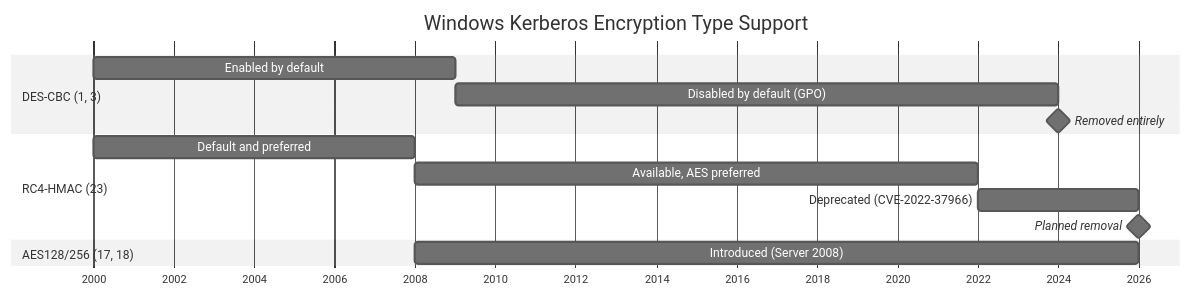
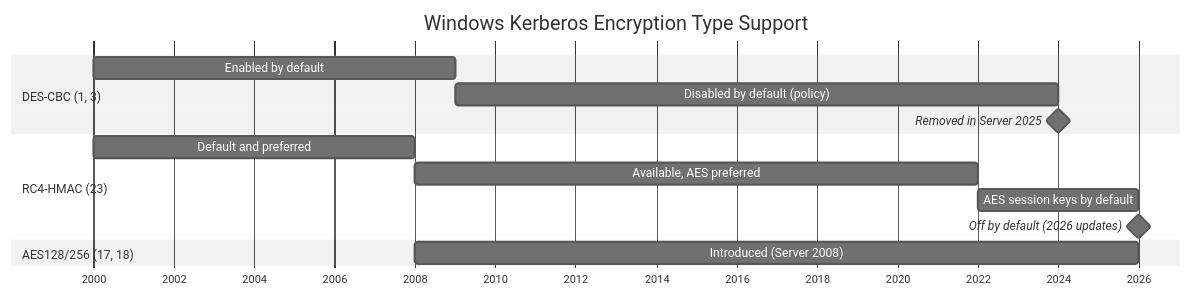
Before and after one commit to StrongWind1/KerbWolf: the fourth of 4 diagrams in docs/guide/encryption-types.md, drawn with Mermaid (neutral theme). The commit also changed other lines of this file and 13 other files, not shown here.

````diff
--- a/docs/guide/encryption-types.md
+++ b/docs/guide/encryption-types.md
@@ -216,20 +220,20 @@
 ```mermaid
 gantt
     title Windows Kerberos Encryption Type Support
     dateFormat YYYY
     axisFormat %Y
 
     section DES-CBC (1, 3)
     Enabled by default            :des1, 2000, 2009
-    Disabled by default (GPO)     :des2, 2009, 2024
-    Removed entirely              :milestone, 2024, 0d
+    Disabled by default (policy)  :des2, 2009, 2024
+    Removed in Server 2025        :milestone, 2024, 0d
 
     section RC4-HMAC (23)
     Default and preferred         :rc41, 2000, 2008
     Available, AES preferred      :rc42, 2008, 2022
-    Deprecated (CVE-2022-37966)   :rc43, 2022, 2026
-    Planned removal               :milestone, 2026, 0d
+    AES session keys by default   :rc43, 2022, 2026
+    Off by default (2026 updates) :milestone, 2026, 0d
 
     section AES128/256 (17, 18)
     Introduced (Server 2008)      :aes1, 2008, 2026
 ```
````
